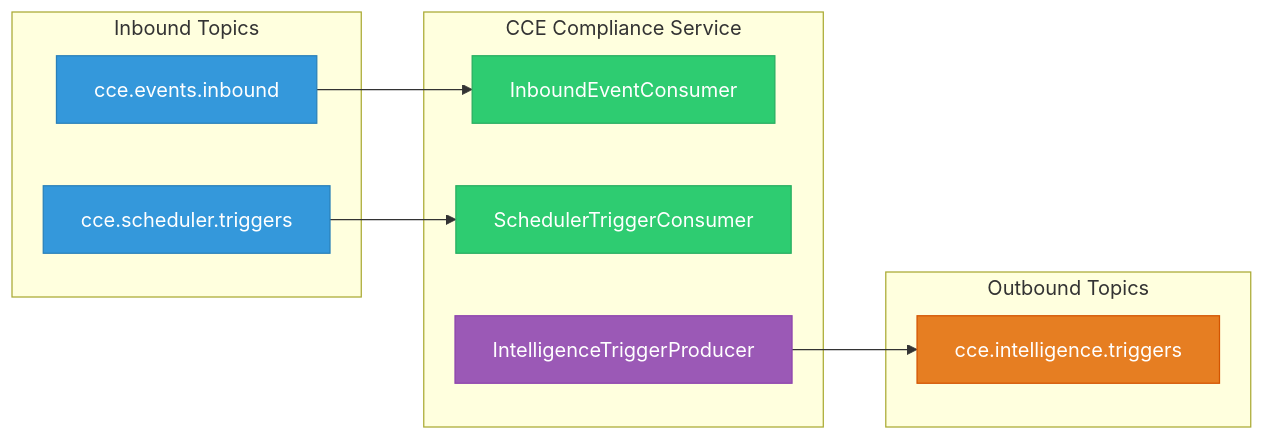
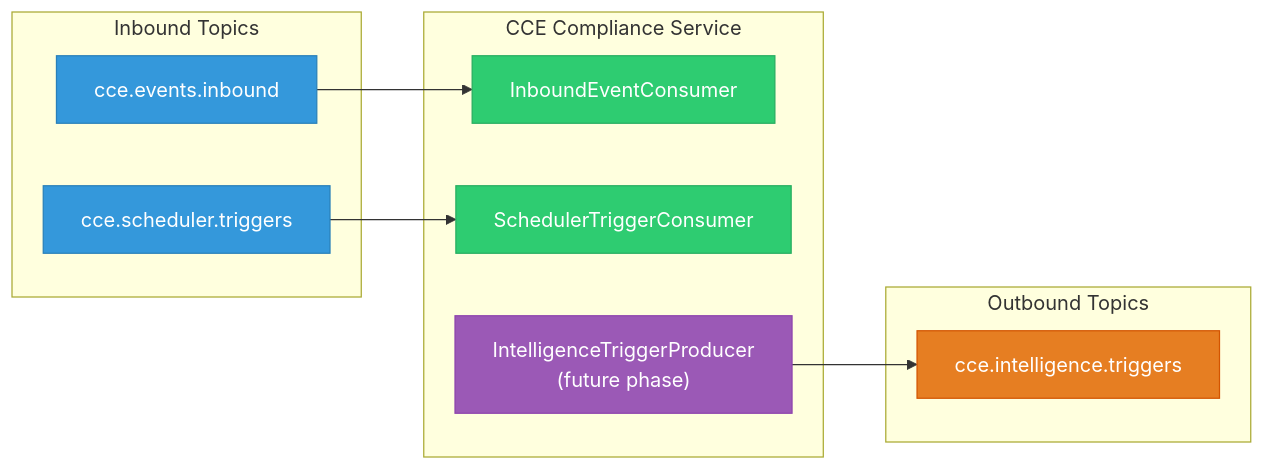
One commit to Jayaprakash8887/cce-compliance-service changed the first of 3 diagrams in docs/kafka-events.md. Above: the diagram before and after it, drawn with Mermaid. The commit also changed other lines of this file and 9 other files, not shown here.

````diff
--- a/docs/kafka-events.md
+++ b/docs/kafka-events.md
@@ -7,31 +7,31 @@
 ```mermaid
 graph LR
     subgraph Inbound Topics
         T1["cce.events.inbound"]
         T2["cce.scheduler.triggers"]
     end
 
     subgraph CCE Compliance Service
         C1["InboundEventConsumer"]
         C2["SchedulerTriggerConsumer"]
-        P1["IntelligenceTriggerProducer"]
+        P1["IntelligenceTriggerProducer<br/>(future phase)"]
     end
 
     subgraph Outbound Topics
         T3["cce.intelligence.triggers"]
     end
 
     T1 --> C1
     T2 --> C2
     P1 --> T3
 
     classDef inbound fill:#3498DB,stroke:#2980B9,color:white
     classDef outbound fill:#E67E22,stroke:#D35400,color:white
     classDef consumer fill:#2ECC71,stroke:#27AE60,color:white
     classDef producer fill:#9B59B6,stroke:#8E44AD,color:white
 
     class T1,T2 inbound
     class T3 outbound
     class C1,C2 consumer
     class P1 producer
 ```
````
